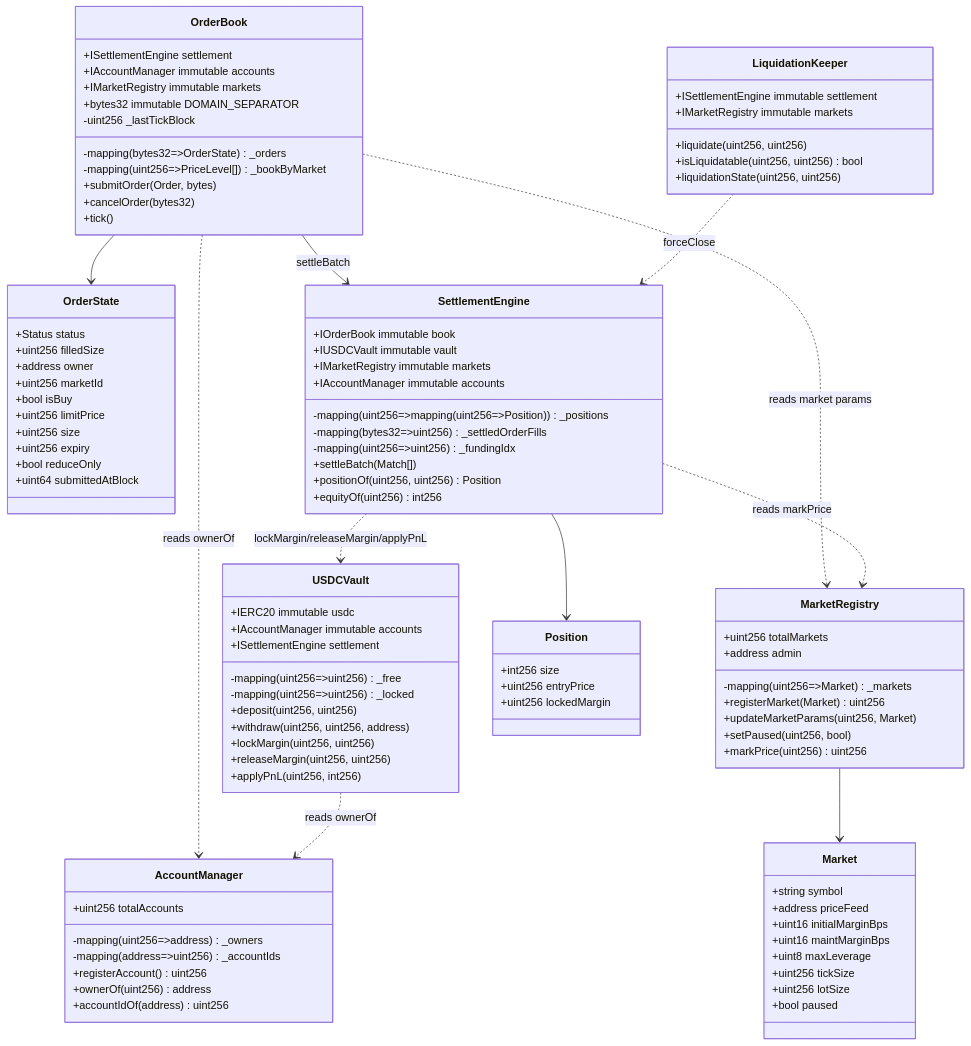
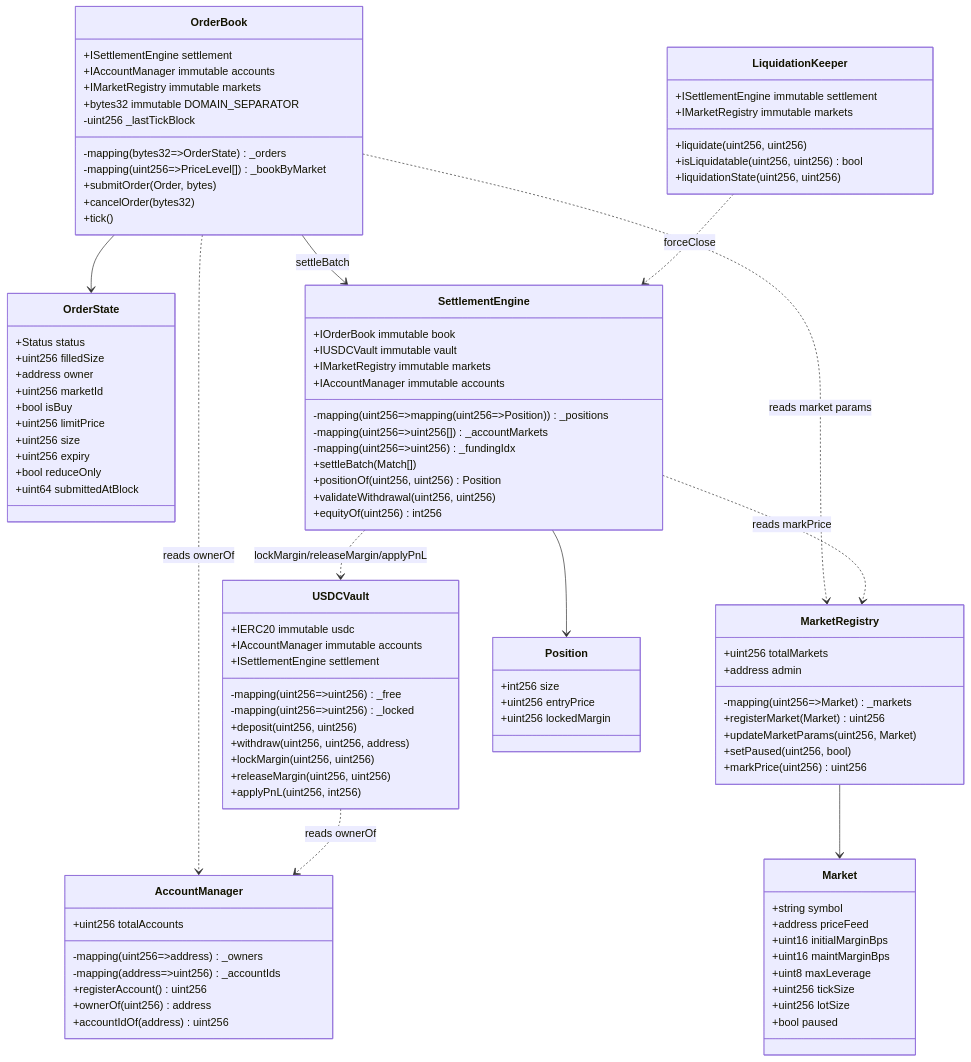
The eighth of 9 diagrams in ARCHITECTURE.md (JagritGumber/tangent), drawn with Mermaid before and after one commit. The commit also changed other lines of this file and 7 other files, not shown here.

```diff
--- a/ARCHITECTURE.md
+++ b/ARCHITECTURE.md
@@ -497,10 +497,11 @@
         +IMarketRegistry immutable markets
         +IAccountManager immutable accounts
         -mapping(uint256=>mapping(uint256=>Position)) _positions
-        -mapping(bytes32=>uint256) _settledOrderFills
+        -mapping(uint256=>uint256[]) _accountMarkets
         -mapping(uint256=>uint256) _fundingIdx
         +settleBatch(Match[])
         +positionOf(uint256, uint256) Position
+        +validateWithdrawal(uint256, uint256)
         +equityOf(uint256) int256
     }
 
```
